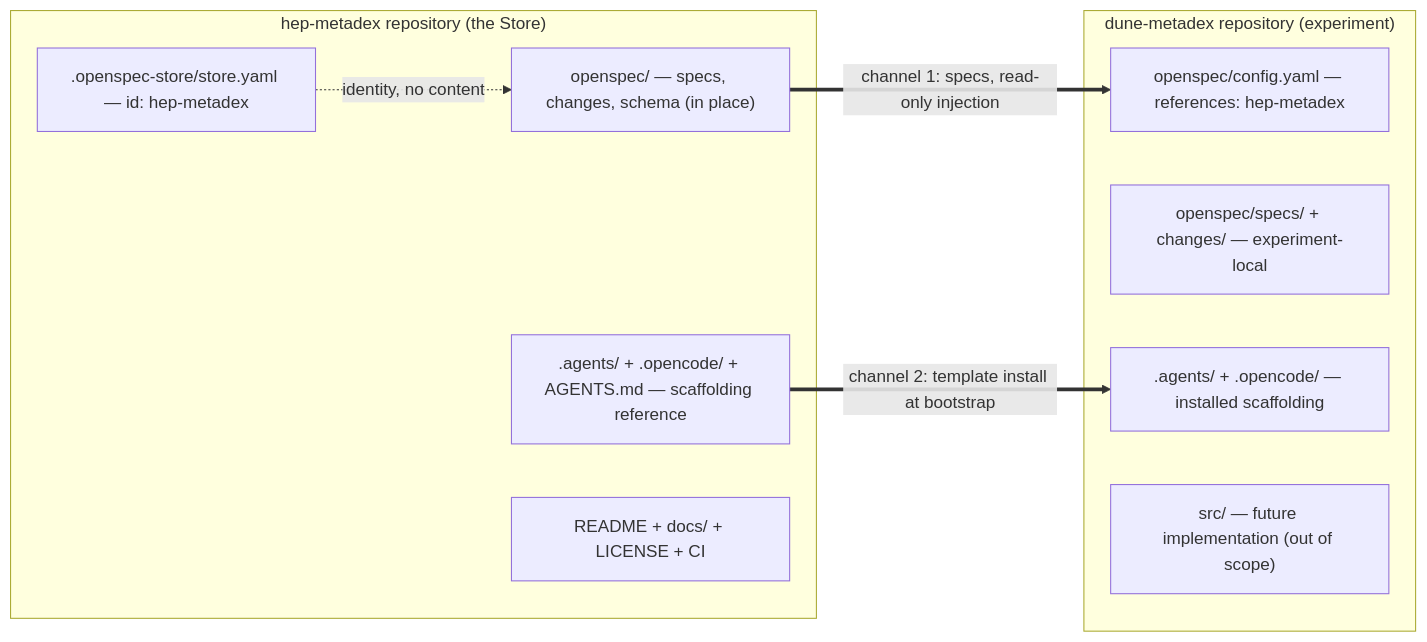
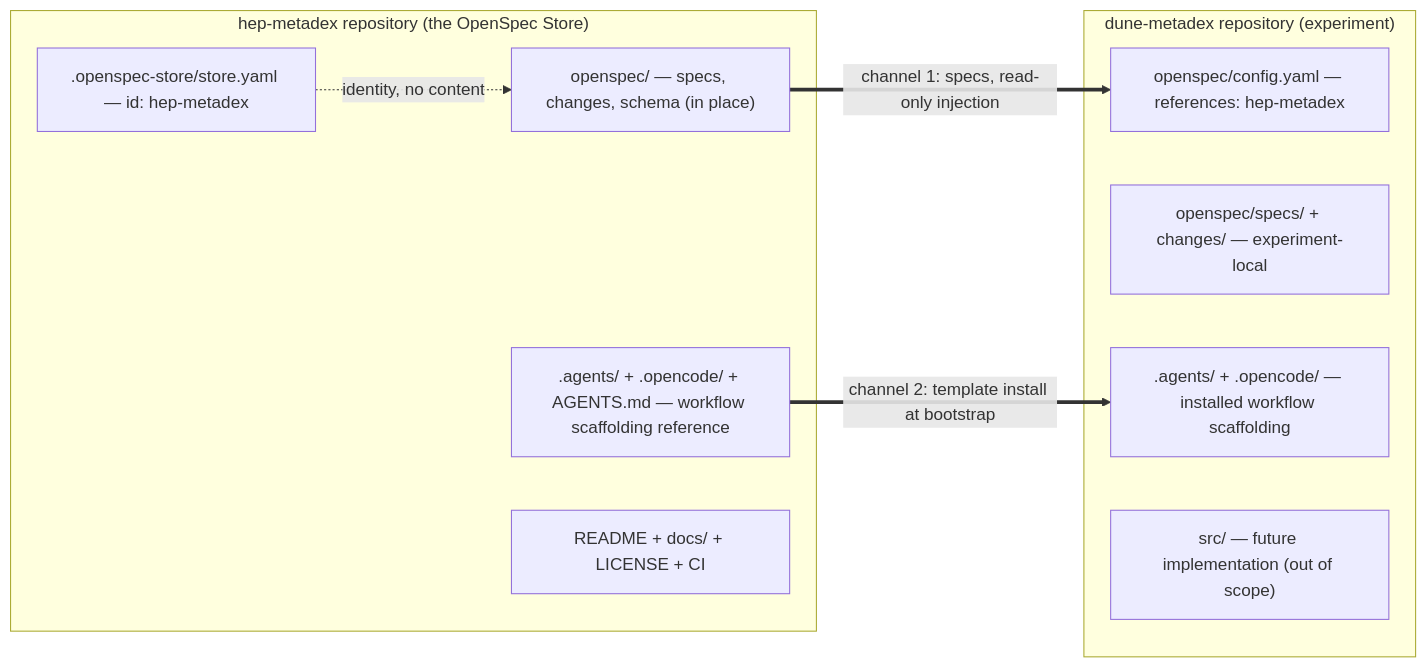
Before and after one commit to DUNE/hep-metadex: the second of 2 diagrams in openspec/changes/bootstrap-multi-repo-openspec-stores/design.md, drawn with Mermaid. The commit also changed other lines of this file and 7 other files, not shown here.

Commit message:
docs(openspec): namespace OpenSpec terms across planning artifacts

````diff
--- a/openspec/changes/bootstrap-multi-repo-openspec-stores/design.md
+++ b/openspec/changes/bootstrap-multi-repo-openspec-stores/design.md
@@ -68,18 +68,18 @@
 ```mermaid
 flowchart LR
-    subgraph HMR["hep-metadex repository (the Store)"]
+    subgraph HMR["hep-metadex repository (the OpenSpec Store)"]
         ID[".openspec-store/store.yaml — id: hep-metadex"]
         OS["openspec/ — specs, changes, schema (in place)"]
-        SC[".agents/ + .opencode/ + AGENTS.md — scaffolding reference"]
+        SC[".agents/ + .opencode/ + AGENTS.md — workflow scaffolding reference"]
         DR["README + docs/ + LICENSE + CI"]
     end
     subgraph DMR["dune-metadex repository (experiment)"]
         CFG["openspec/config.yaml — references: hep-metadex"]
         LOS["openspec/specs/ + changes/ — experiment-local"]
-        LSC[".agents/ + .opencode/ — installed scaffolding"]
+        LSC[".agents/ + .opencode/ — installed workflow scaffolding"]
         SRC["src/ — future implementation (out of scope)"]
     end
     OS ==>|"channel 1: specs, read-only injection"| CFG
     SC ==>|"channel 2: template install at bootstrap"| LSC
     ID -.->|"identity, no content"| OS
 ```
````
